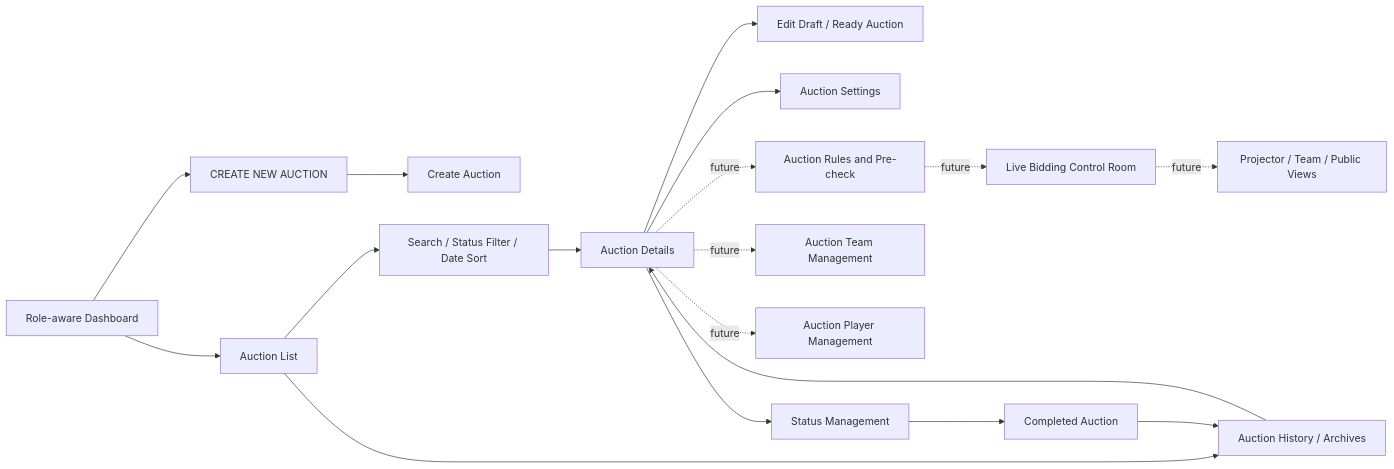
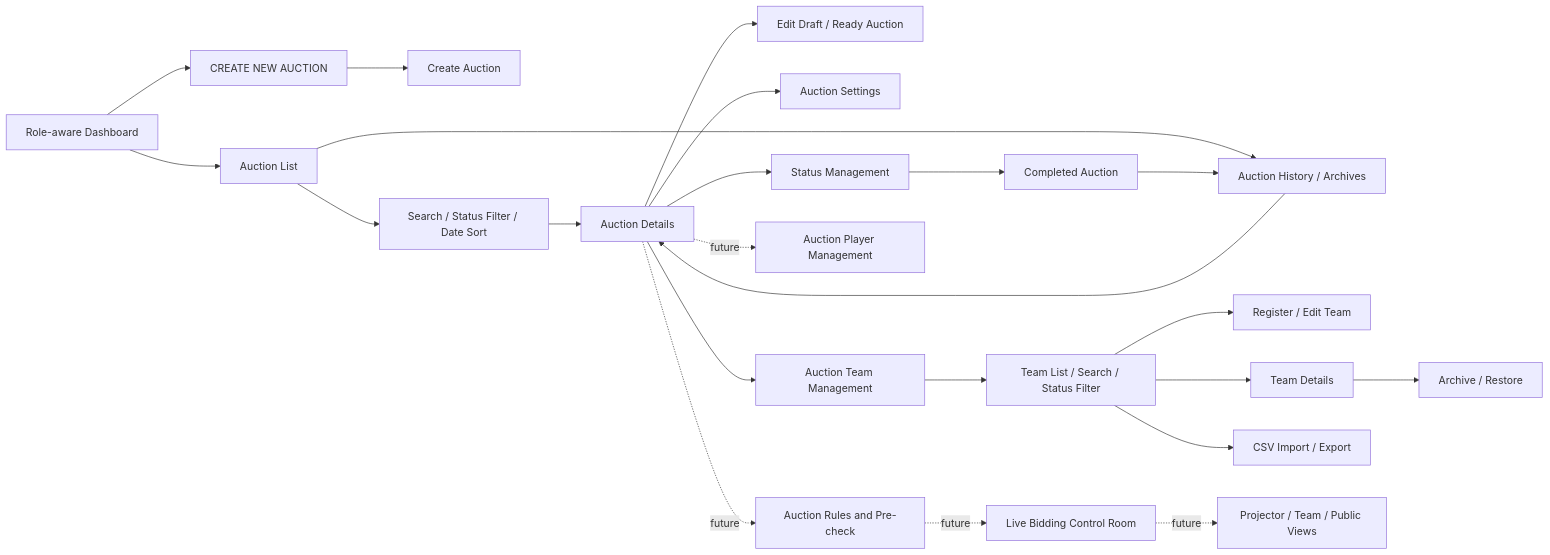
Before and after one commit to Bhautik-Dev/jp_auction_arena: the second of 3 diagrams in docs/APP_NAVIGATION_FLOW.md, drawn with Mermaid. The commit also changed other lines of this file and 22 other files, not shown here.

````diff
--- a/docs/APP_NAVIGATION_FLOW.md
+++ b/docs/APP_NAVIGATION_FLOW.md
@@ -32,20 +32,25 @@
 ```mermaid
 flowchart LR
     D[Role-aware Dashboard] --> CTA[CREATE NEW AUCTION]
     D --> L[Auction List]
     CTA --> C[Create Auction]
     L --> F[Search / Status Filter / Date Sort]
     F --> V[Auction Details]
     V --> E[Edit Draft / Ready Auction]
     V --> S[Auction Settings]
     V --> A[Status Management]
     L --> H[Auction History / Archives]
     A --> R[Completed Auction]
     R --> H
     H --> V
-    V -. future .-> TM[Auction Team Management]
+    V --> TM[Auction Team Management]
+    TM --> TL[Team List / Search / Status Filter]
+    TL --> TC[Register / Edit Team]
+    TL --> TD[Team Details]
+    TD --> TA[Archive / Restore]
+    TL --> TI[CSV Import / Export]
     V -. future .-> PM[Auction Player Management]
     V -. future .-> CFG[Auction Rules and Pre-check]
     CFG -. future .-> LIVE[Live Bidding Control Room]
     LIVE -. future .-> DISP[Projector / Team / Public Views]
 ```
````
